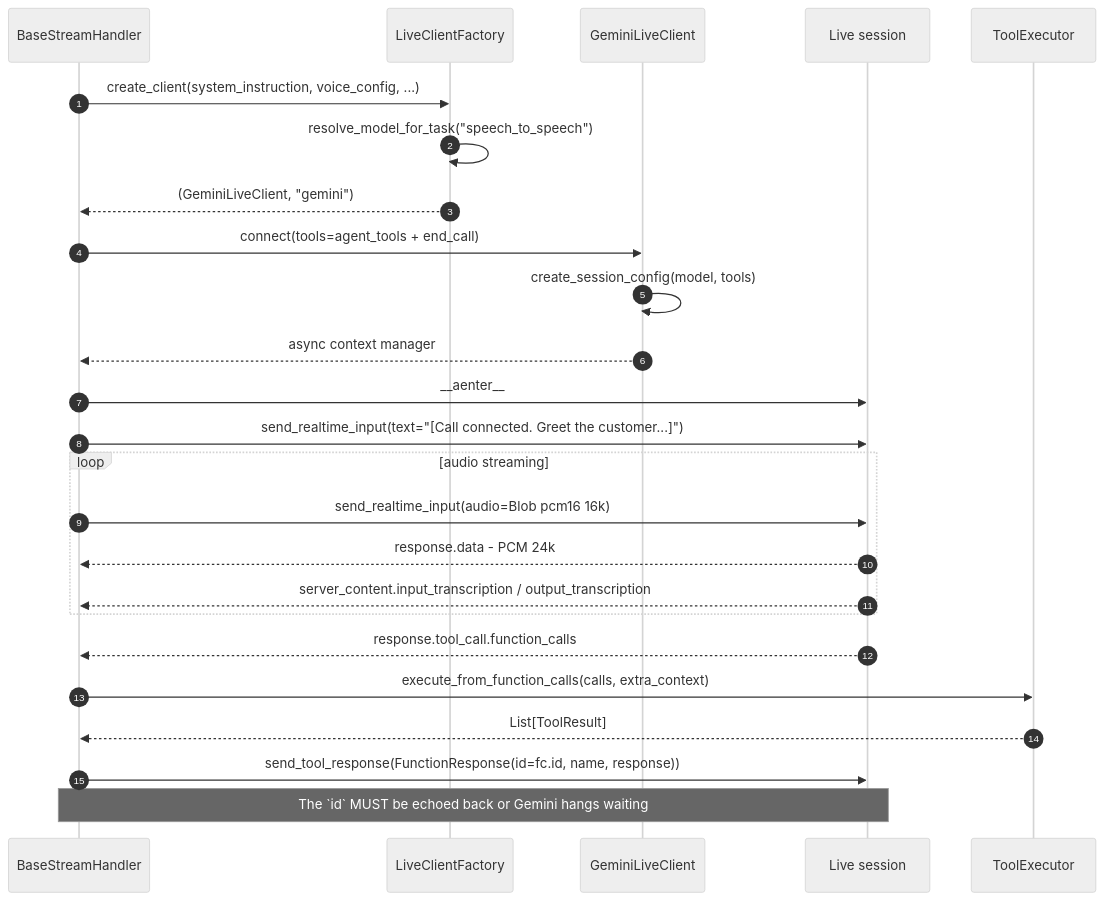
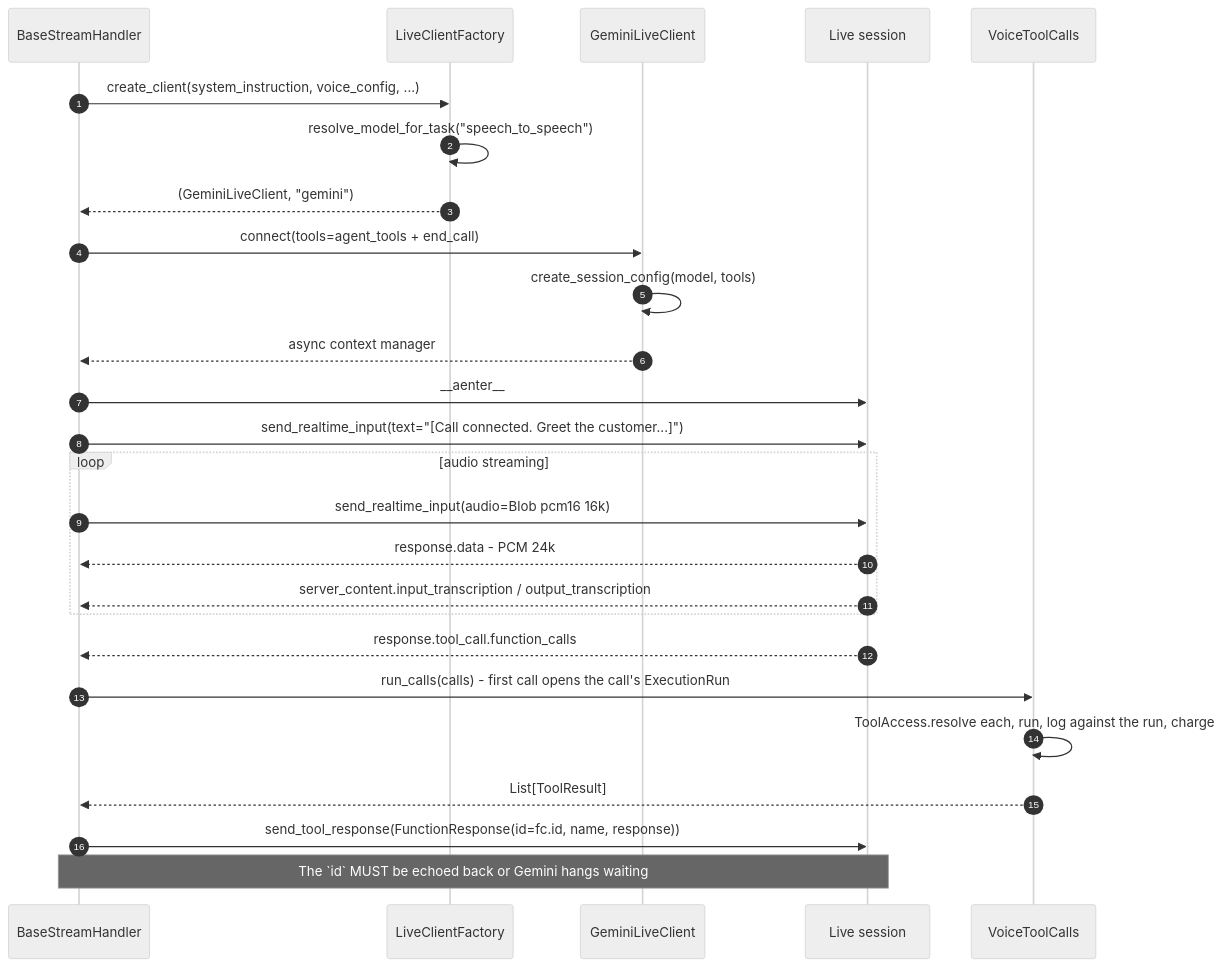
The ninth of 32 diagrams in docs/current/12-voice-and-telephony.md (gondolerahul/hire-buddha-app), drawn with Mermaid (neutral theme) before and after one commit. The commit also changed other lines of this file and 8 other files, not shown here.

````diff
--- a/docs/current/12-voice-and-telephony.md
+++ b/docs/current/12-voice-and-telephony.md
@@ -494,28 +494,29 @@
 ```mermaid
 sequenceDiagram
     autonumber
     participant H as BaseStreamHandler
     participant F as LiveClientFactory
     participant C as GeminiLiveClient
     participant S as Live session
-    participant TE as ToolExecutor
+    participant VT as VoiceToolCalls
 
     H->>F: create_client(system_instruction, voice_config, ...)
     F->>F: resolve_model_for_task("speech_to_speech")
     F-->>H: (GeminiLiveClient, "gemini")
     H->>C: connect(tools=agent_tools + end_call)
     C->>C: create_session_config(model, tools)
     C-->>H: async context manager
     H->>S: __aenter__
     H->>S: send_realtime_input(text="[Call connected. Greet the customer...]")
     loop audio streaming
         H->>S: send_realtime_input(audio=Blob pcm16 16k)
         S-->>H: response.data - PCM 24k
         S-->>H: server_content.input_transcription / output_transcription
     end
     S-->>H: response.tool_call.function_calls
-    H->>TE: execute_from_function_calls(calls, extra_context)
-    TE-->>H: List[ToolResult]
+    H->>VT: run_calls(calls) - first call opens the call's ExecutionRun
+    VT->>VT: ToolAccess.resolve each, run, log against the run, charge
+    VT-->>H: List[ToolResult]
     H->>S: send_tool_response(FunctionResponse(id=fc.id, name, response))
     Note over H,S: The `id` MUST be echoed back or Gemini hangs waiting
 ```
````
